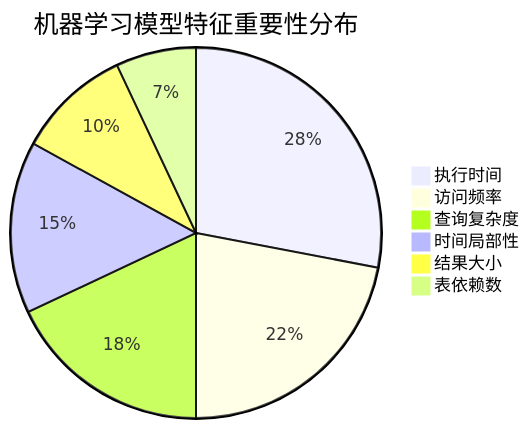
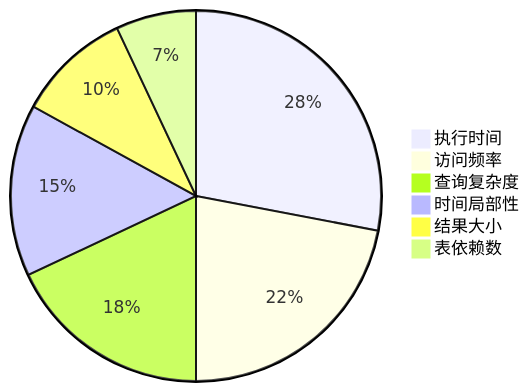
One commit to crazypenguincode/duckdb changed the sixth of 6 diagrams in md/第六章-实验与分析.md. Above: the diagram before and after it, drawn with Mermaid. The commit also changed other lines of this file and 40 other files, not shown here.

Commit message:
更新图片无边框

````diff
--- a/md/第六章-实验与分析.md
+++ b/md/第六章-实验与分析.md
@@ -274,9 +271,9 @@
 ```mermaid
-pie title 机器学习模型特征重要性分布
+pie 
     "执行时间" : 0.28
     "访问频率" : 0.22
     "查询复杂度" : 0.18
     "时间局部性" : 0.15
     "结果大小" : 0.1
     "表依赖数" : 0.07
 ```
````
